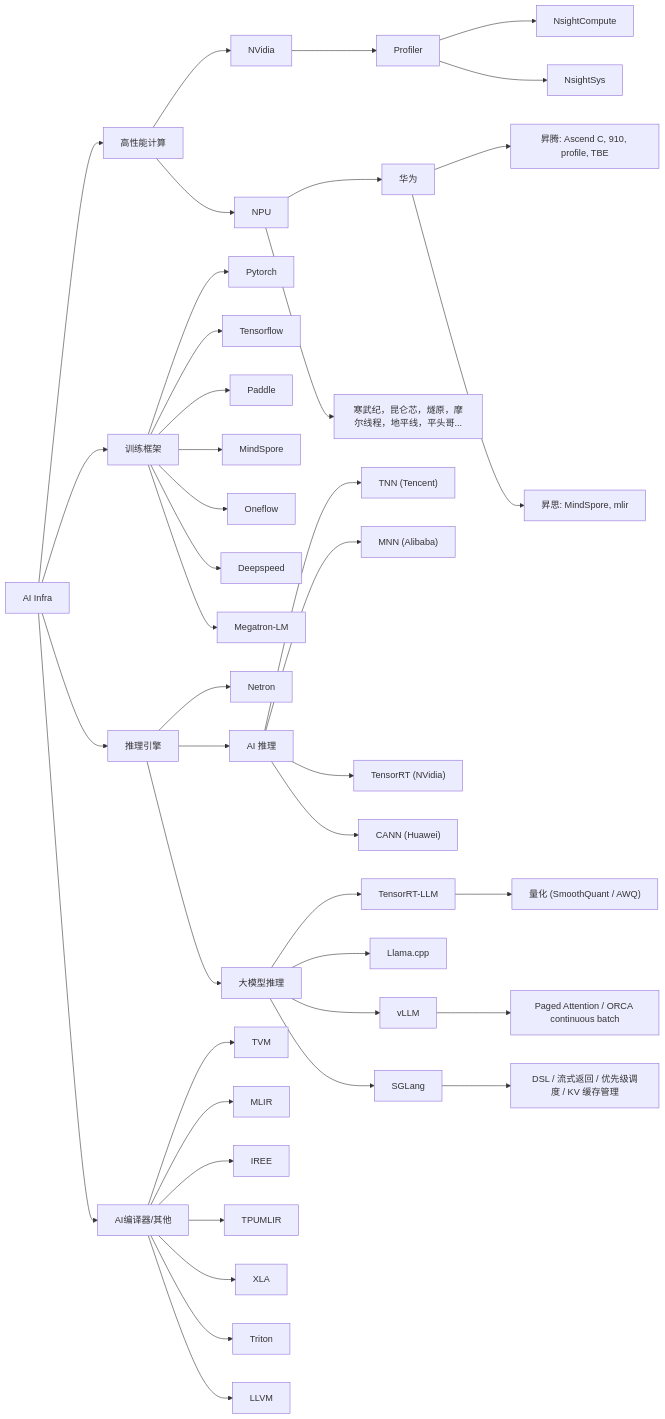
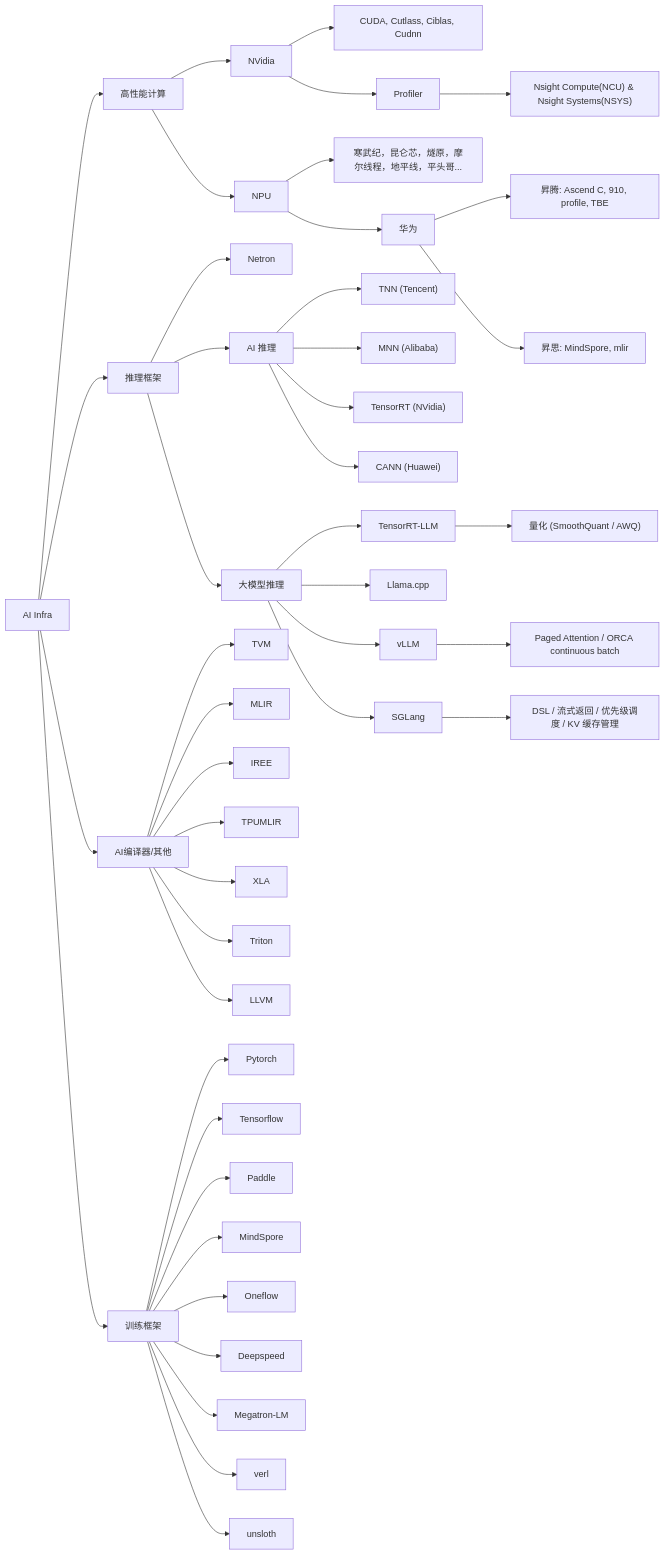
Before and after one commit to JerryLinyx/ai-algorithms-and-systems: the first of 2 diagrams in README.md, drawn with Mermaid. The commit also changed other lines of this file and 1 other file, not shown here.

Commit message:
update mindmap in README

````diff
--- a/README.md
+++ b/README.md
@@ -42,7 +42,7 @@
 
 AI --> HPC["高性能计算"]
 AI --> Training["训练框架"]
-AI --> Inference["推理引擎"]
+AI --> Inference["推理框架"]
 AI --> Compiler["AI编译器/其他"]
 
 
@@ -51,34 +51,21 @@
 %% Profiling
 %% ======================
 HPC --> NVidia
+NVidia --> CUDA["CUDA, Cutlass, Ciblas, Cudnn"]
 NVidia --> Profiler
-Profiler --> NsightCompute
-Profiler --> NsightSys
+Profiler --> NCU["Nsight Compute(NCU) & Nsight Systems(NSYS)"]
+
 
 %% ======================
 %% NPU 技术栈
 %% ======================
 
 HPC --> NPU
+NPU --> Others["寒武纪，昆仑芯，燧原，摩尔线程，地平线，平头哥..."] 
 NPU --> Huawei["华为"] 
-
 Huawei --> Ascend["昇腾: Ascend C, 910, profile, TBE"] 
 Huawei --> Mindspore["昇思: MindSpore, mlir"] 
 
-NPU --> Others["寒武纪，昆仑芯，燧原，摩尔线程，地平线，平头哥..."] 
-
-
-%% ======================
-%% 训练框架
-%% ======================
-
-Training --> Pytorch
-Training --> Tensorflow
-Training --> Paddle
-Training --> MindSpore
-Training --> Oneflow
-Training --> Deepspeed
-Training --> Megatron-LM
 
 %% ======================
 %% 推理层
@@ -118,4 +105,20 @@
 Compiler --> LLVM
 
 
+
+
+%% ======================
+%% 训练框架
+%% ======================
+
+Training --> Pytorch
+Training --> Tensorflow
+Training --> Paddle
+Training --> MindSpore
+Training --> Oneflow
+Training --> Deepspeed
+Training --> Megatron-LM
+Training --> verl
+Training --> unsloth
+
 ```
````
